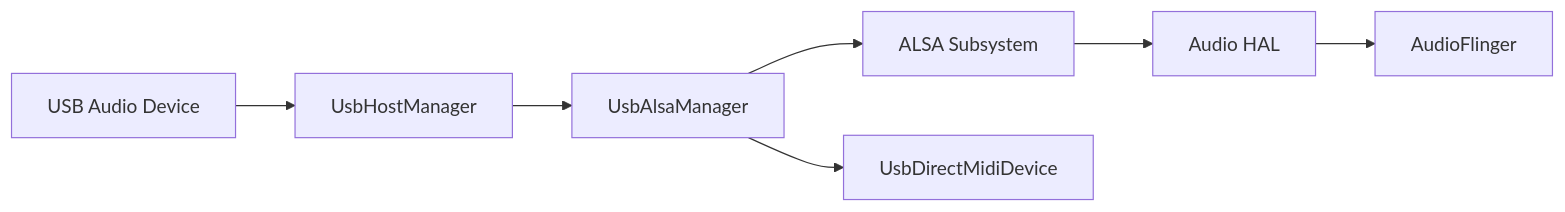
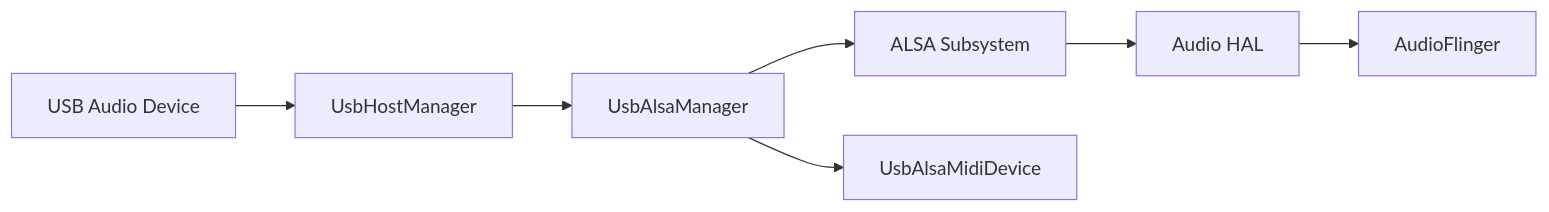
One commit to aospbooks/aosp-internal-book changed diagram 25 of 30 in 39-usb-adb.md. Above: the diagram before and after it, drawn with Mermaid. The commit also changed other lines of this file and 218 other files, not shown here.

````diff
--- a/39-usb-adb.md
+++ b/39-usb-adb.md
@@ -2378,9 +2403,9 @@
 ```mermaid
 graph LR
     USB_AUDIO["USB Audio Device"] --> UHM2["UsbHostManager"]
     UHM2 --> UALSA2["UsbAlsaManager"]
     UALSA2 --> ALSA["ALSA Subsystem"]
-    UALSA2 --> MIDI2["UsbDirectMidiDevice"]
+    UALSA2 --> MIDI2["UsbAlsaMidiDevice"]
     ALSA --> AUDIO_HAL["Audio HAL"]
     AUDIO_HAL --> AUDIOFLINGER["AudioFlinger"]
 ```
````
